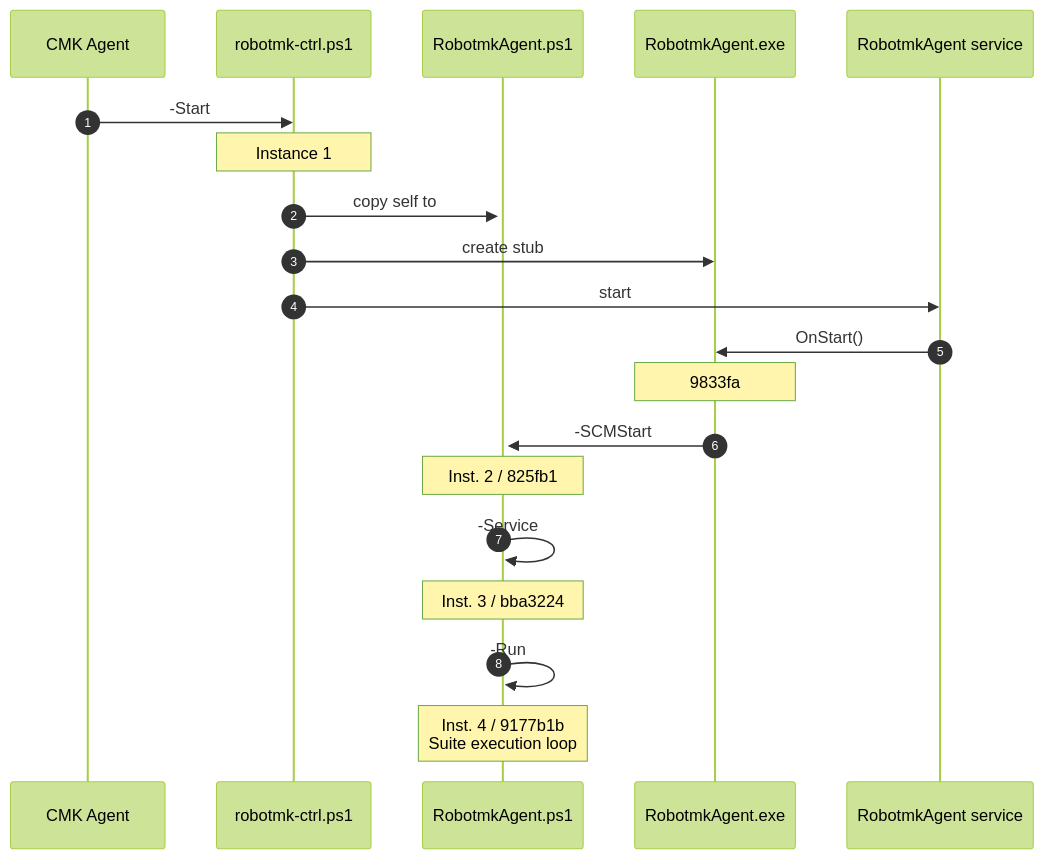
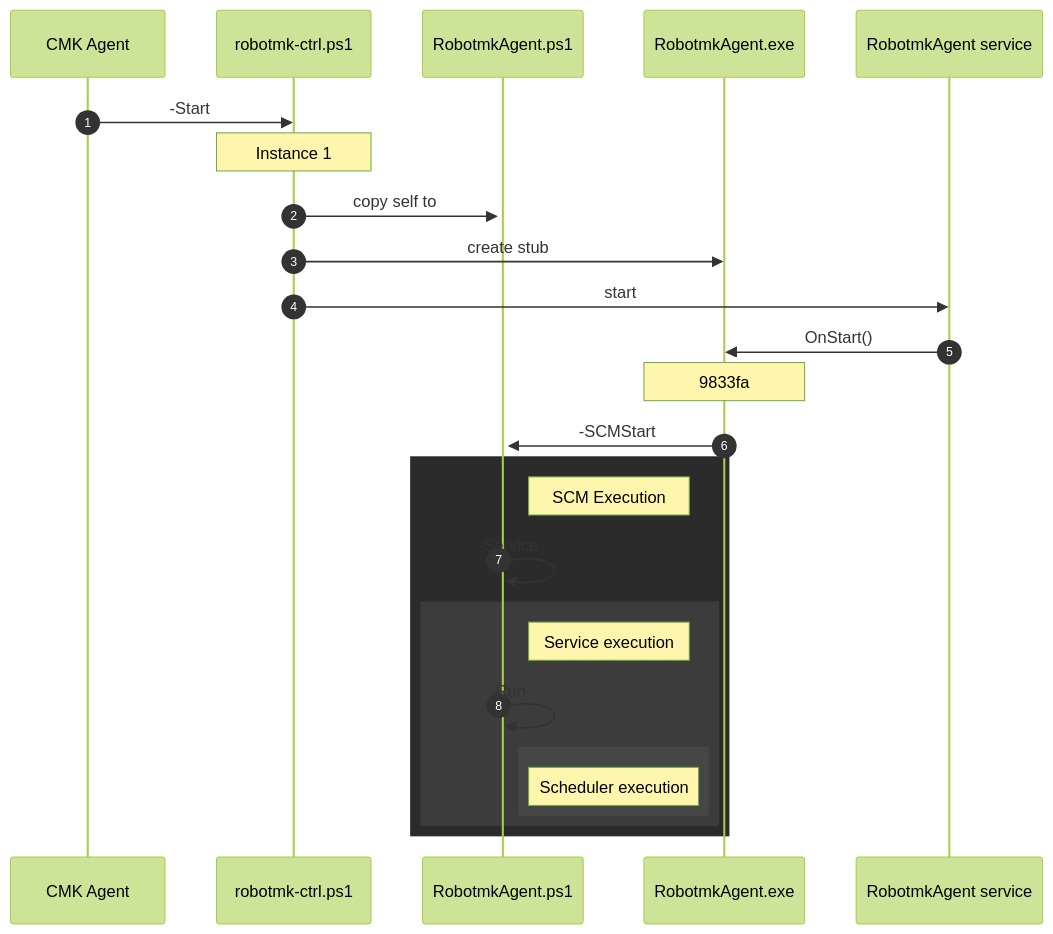
Before and after one commit to elabit/rmkv2: the diagram in DEVELOPMENT.md, drawn with Mermaid (forest theme). The commit also changed 6 other files, not shown here.

````diff
--- a/DEVELOPMENT.md
+++ b/DEVELOPMENT.md
@@ -15,23 +15,30 @@
 ```mermaid
 sequenceDiagram
     autonumber
     participant agent as CMK Agent
     participant ctrlps as robotmk-ctrl.ps1
     participant agentps as RobotmkAgent.ps1
     participant cstub as RobotmkAgent.exe
     participant service as RobotmkAgent service
 
     agent->>ctrlps:-Start
     Note over ctrlps: Instance 1
     ctrlps->>+agentps: copy self to
     ctrlps->>cstub: create stub
     ctrlps->>service: start
     service->>cstub: OnStart()
     Note over cstub: 9833fa
     cstub->>agentps: -SCMStart
-    Note over agentps: Inst. 2 / 825fb1
+
+    rect rgb(43, 43, 43)
+    Note right of agentps: SCM Execution
     agentps->>agentps: -Service
-    Note over agentps: Inst. 3 / bba3224
+    rect rgb(60,60,60)
+    Note right of agentps: Service execution
     agentps->>agentps: -Run
-    Note over agentps: Inst. 4 / 9177b1b<br/>Suite execution loop
+    rect rgb(70,70,70)
+    Note right of agentps: Scheduler execution
+    end %%SCM
+    end %%Service
+    end %%Run
 ```
````
